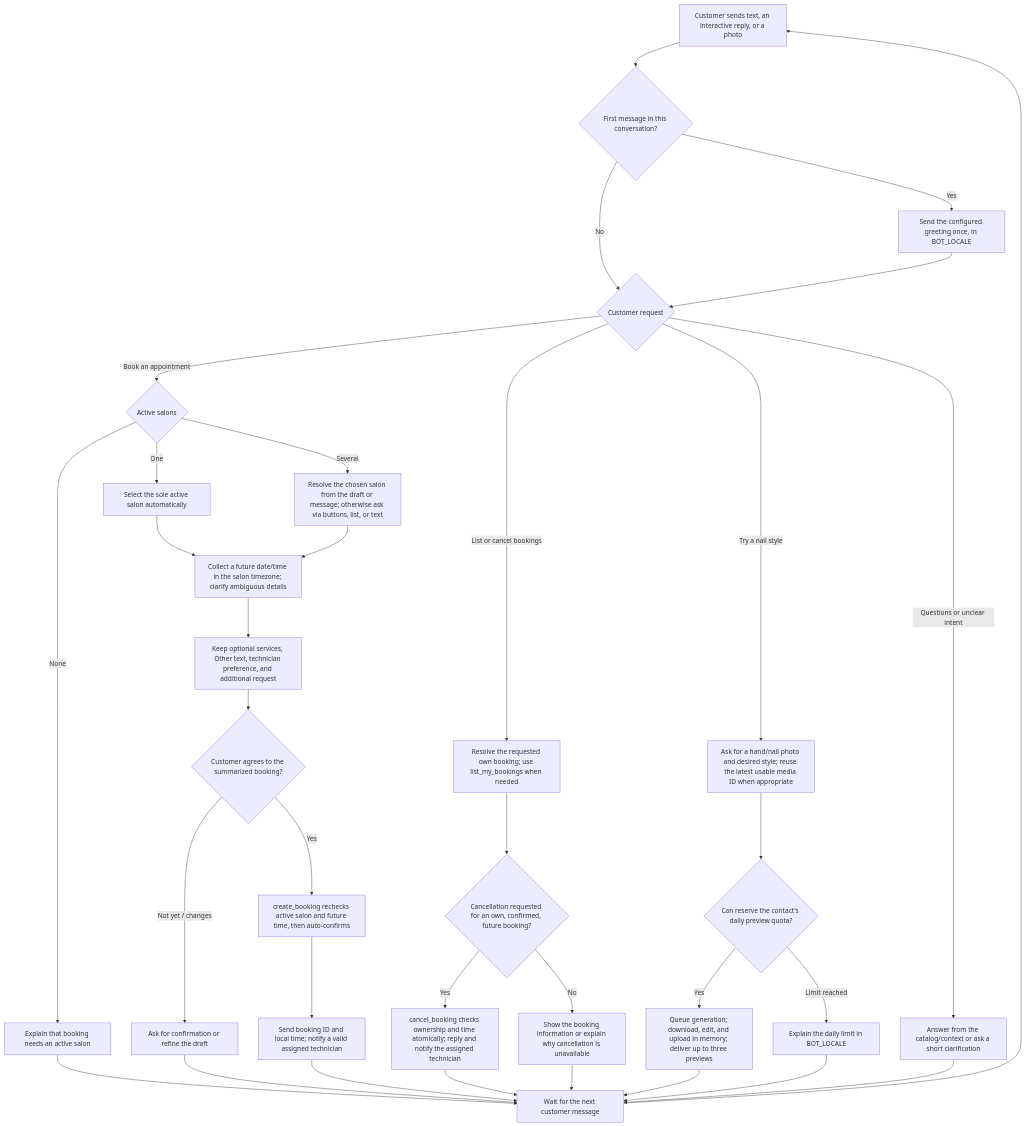
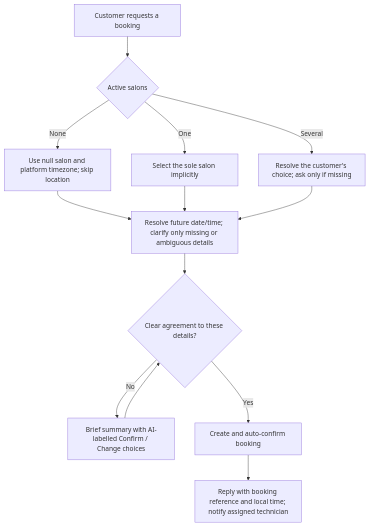
The diagram in docs/product/conversation-flows.md (klardaofficial/nail-salon-platform), drawn with Mermaid before and after one commit. The commit also changed other lines of this file and 44 other files, not shown here.

First line of the commit message:
feat: adaptive conversation language and flexible booking flow

````diff
--- a/docs/product/conversation-flows.md
+++ b/docs/product/conversation-flows.md
@@ -7,41 +11,15 @@
 ```mermaid
 flowchart TD
-  Message["Customer sends text, an interactive reply, or a photo"] --> First{"First message in this conversation?"}
-  First -->|Yes| Greeting["Send the configured greeting once, in BOT_LOCALE"]
-  First -->|No| Intent{"Customer request"}
-  Greeting --> Intent
-
-  Intent -->|Book an appointment| SalonCount{"Active salons"}
-  SalonCount -->|None| NoSalon["Explain that booking needs an active salon"]
-  SalonCount -->|One| Sole["Select the sole active salon automatically"]
-  SalonCount -->|Several| Choose["Resolve the chosen salon from the draft or message; otherwise ask via buttons, list, or text"]
-  Sole --> Details["Collect a future date/time in the salon timezone; clarify ambiguous details"]
-  Choose --> Details
-  Details --> Optional["Keep optional services, Other text, technician preference, and additional request"]
-  Optional --> Agreement{"Customer agrees to the summarized booking?"}
-  Agreement -->|Not yet / changes| Clarify["Ask for confirmation or refine the draft"]
-  Agreement -->|Yes| Book["create_booking rechecks active salon and future time, then auto-confirms"]
-  Book --> BookReply["Send booking ID and local time; notify a valid assigned technician"]
-
-  Intent -->|List or cancel bookings| Own["Resolve the requested own booking; use list_my_bookings when needed"]
-  Own --> Cancel{"Cancellation requested for an own, confirmed, future booking?"}
-  Cancel -->|Yes| Cancelled["cancel_booking checks ownership and time atomically; reply and notify the assigned technician"]
-  Cancel -->|No| BookingInfo["Show the booking information or explain why cancellation is unavailable"]
-
-  Intent -->|Try a nail style| Photo["Ask for a hand/nail photo and desired style; reuse the latest usable media ID when appropriate"]
-  Photo --> Quota{"Can reserve the contact's daily preview quota?"}
-  Quota -->|Yes| Preview["Queue generation; download, edit, and upload in memory; deliver up to three previews"]
-  Quota -->|Limit reached| Limit["Explain the daily limit in BOT_LOCALE"]
-
-  Intent -->|Questions or unclear intent| Help["Answer from the catalog/context or ask a short clarification"]
-
-  NoSalon --> Next["Wait for the next customer message"]
-  Clarify --> Next
-  BookReply --> Next
-  Cancelled --> Next
-  BookingInfo --> Next
-  Preview --> Next
-  Limit --> Next
-  Help --> Next
-  Next --> Message
+  Message["Customer requests a booking"] --> Salons{"Active salons"}
+  Salons -->|None| NoSalon["Use null salon and platform timezone; skip location"]
+  Salons -->|One| Sole["Select the sole salon implicitly"]
+  Salons -->|Several| Choice["Resolve the customer's choice; ask only if missing"]
+  NoSalon --> Time["Resolve future date/time; clarify only missing or ambiguous details"]
+  Sole --> Time
+  Choice --> Time
+  Time --> Agreement{"Clear agreement to these details?"}
+  Agreement -->|No| Confirm["Brief summary with AI-labelled Confirm / Change choices"]
+  Agreement -->|Yes| Book["Create and auto-confirm booking"]
+  Confirm --> Agreement
+  Book --> Receipt["Reply with booking reference and local time; notify assigned technician"]
 ```
````
